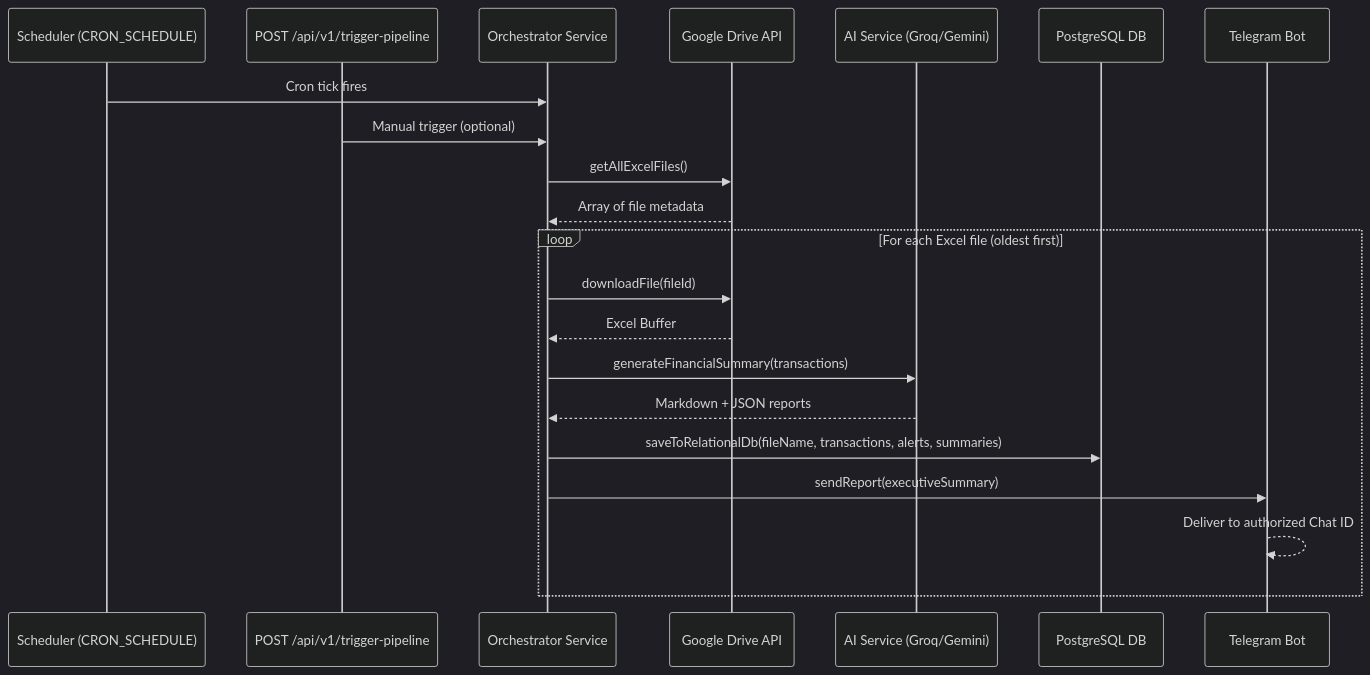
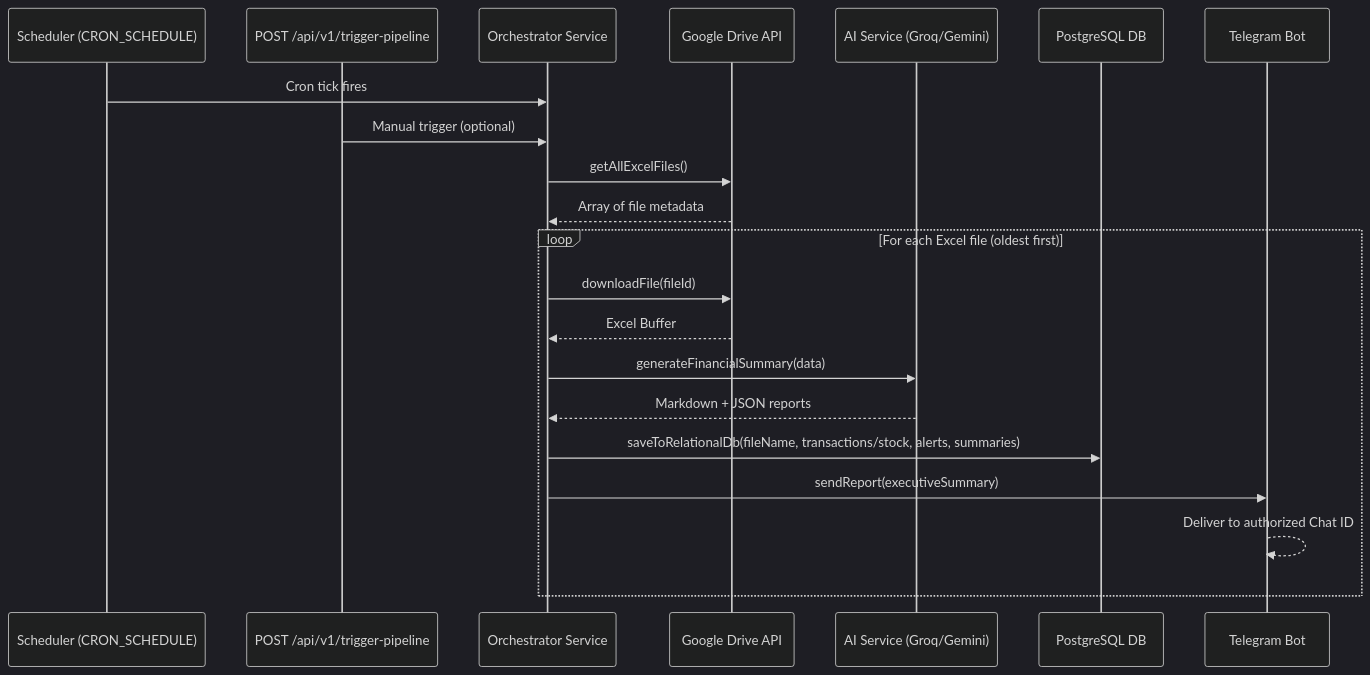
One commit to ramsaoji/Ai-Accounting-Automation changed the diagram in docs/app/google_drive_integration.md. Above: the diagram before and after it, drawn with Mermaid (dark theme). The commit also changed other lines of this file and 30 other files, not shown here.

````diff
--- a/docs/app/google_drive_integration.md
+++ b/docs/app/google_drive_integration.md
@@ -144,24 +148,24 @@
 ```mermaid
 sequenceDiagram
     participant Cron as Scheduler (CRON_SCHEDULE)
     participant API as POST /api/v1/trigger-pipeline
     participant Orch as Orchestrator Service
     participant Drive as Google Drive API
     participant AI as AI Service (Groq/Gemini)
     participant DB as PostgreSQL DB
     participant TG as Telegram Bot
 
     Cron->>Orch: Cron tick fires
     API->>Orch: Manual trigger (optional)
     Orch->>Drive: getAllExcelFiles()
     Drive-->>Orch: Array of file metadata
     loop For each Excel file (oldest first)
         Orch->>Drive: downloadFile(fileId)
         Drive-->>Orch: Excel Buffer
-        Orch->>AI: generateFinancialSummary(transactions)
+        Orch->>AI: generateFinancialSummary(data)
         AI-->>Orch: Markdown + JSON reports
-        Orch->>DB: saveToRelationalDb(fileName, transactions, alerts, summaries)
+        Orch->>DB: saveToRelationalDb(fileName, transactions/stock, alerts, summaries)
         Orch->>TG: sendReport(executiveSummary)
         TG-->>TG: Deliver to authorized Chat ID
     end
 ```
````
